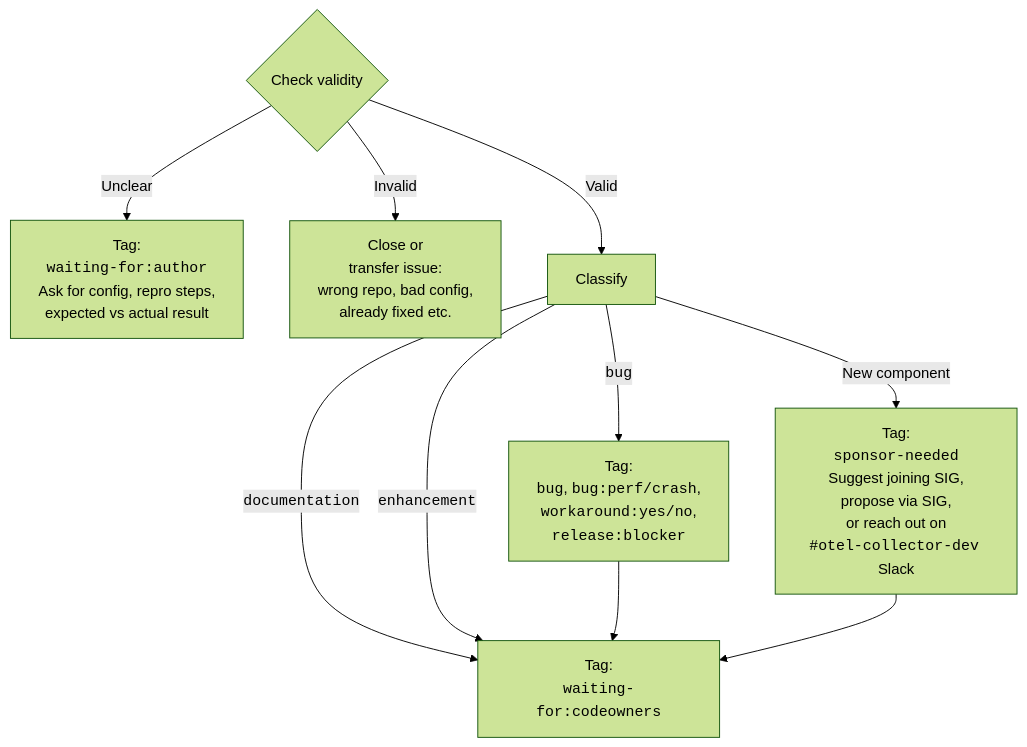
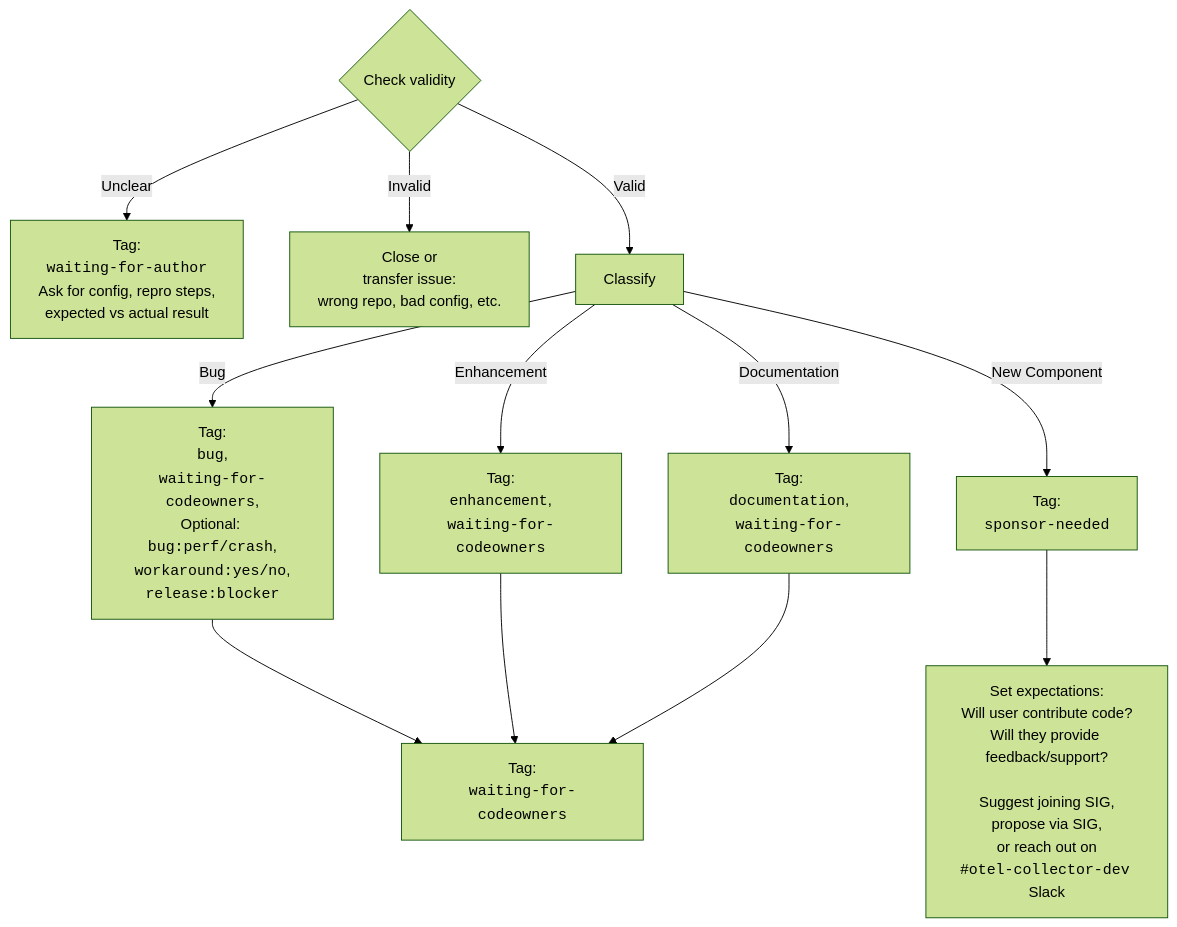
One commit to open-telemetry/opentelemetry-collector-contrib changed the first of 2 diagrams in issue-triaging.md. Above: the diagram before and after it, drawn with Mermaid (forest theme). The commit also changed other lines of this file, not shown here.

````diff
--- a/issue-triaging.md
+++ b/issue-triaging.md
@@ -75,17 +92,20 @@
 ```mermaid
 flowchart TD
-      Start{Check validity}
-      
-      Start -->|Unclear| WaitingAuthor[Tag:<br><code>waiting-for:author</code><br>Ask for config, repro steps,<br>expected vs actual result]
-      Start -->|Invalid| Transfer[Close or<br>transfer issue:<br>wrong repo, bad config,<br>already fixed etc.]
-      Start --> |Valid| Classify
+    Start{Check validity}
 
-      Classify -->|<code>documentation</code>| WaitingCodeowners[Tag:<br><code>waiting-for:codeowners</code>]
-      Classify -->|<code>enhancement</code>| WaitingCodeowners
-      Classify -->|<code>bug</code>| EnrichBug[Tag:<br><code>bug</code>, <code>bug:perf/crash</code>,<br><code>workaround:yes/no</code>,<br><code>release:blocker</code>]
+    Start -->|Unclear| WaitingAuthor[Tag:<br><code>waiting-for-author</code><br>Ask for config, repro steps,<br>expected vs actual result]
+    Start -->|Invalid| Transfer[Close or<br>transfer issue:<br>wrong repo, bad config, etc.]
+    Start -->|Valid| Classify
 
-      EnrichBug --> WaitingCodeowners
+    Classify -->|Bug| EnrichBug[Tag:<br><code>bug</code>,<br><code>waiting-for-codeowners</code>,<br>Optional: <code>bug:perf/crash</code>,<br><code>workaround:yes/no</code>,<br><code>release:blocker</code>]
+    EnrichBug --> WaitingCodeowners[Tag:<br><code>waiting-for-codeowners</code>]
 
-      Classify -->|New component| NewComponent[Tag:<br><code>sponsor-needed</code><br>Suggest joining SIG,<br>propose via SIG,<br>or reach out on<br><code>#otel-collector-dev</code> Slack]
-      NewComponent --> WaitingCodeowners
+    Classify -->|Enhancement| EnhancementLabel[Tag:<br><code>enhancement</code>,<br><code>waiting-for-codeowners</code>]
+    EnhancementLabel --> WaitingCodeowners
+
+    Classify -->|Documentation| DocLabel[Tag:<br><code>documentation</code>,<br><code>waiting-for-codeowners</code>]
+    DocLabel --> WaitingCodeowners
+
+    Classify -->|New Component| NewComponent[Tag:<br><code>sponsor-needed</code>]
+    NewComponent --> Expectations[Set expectations:<br>Will user contribute code?<br>Will they provide feedback/support?<br><br>Suggest joining SIG,<br>propose via SIG,<br>or reach out on<br><code>#otel-collector-dev</code> Slack]
 ```
````
